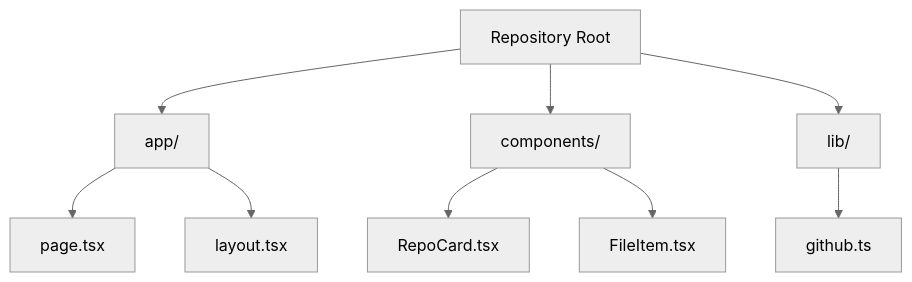
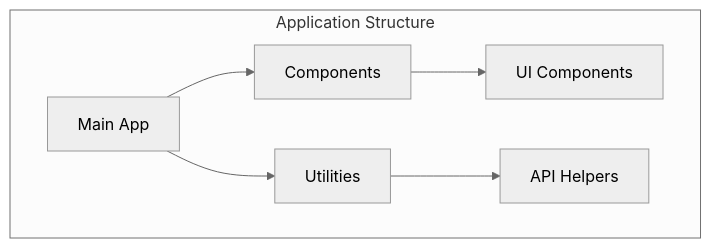
Before and after one commit to djb258/repo-lens: the first of 2 diagrams in README.md, drawn with Mermaid (neutral theme). The commit also changed other lines of this file and 13 other files, not shown here.

````diff
--- a/README.md
+++ b/README.md
@@ -130,11 +148,9 @@
 ```mermaid
-graph TD
-    A[Repository Root] --> B[app/]
-    A --> C[components/]
-    A --> D[lib/]
-    B --> E[page.tsx]
-    B --> F[layout.tsx]
-    C --> G[RepoCard.tsx]
-    C --> H[FileItem.tsx]
-    D --> I[github.ts]
+graph TB
+    subgraph "Application Structure"
+        A[Main App] --> B[Components]
+        A --> C[Utilities]
+        B --> D[UI Components]
+        C --> E[API Helpers]
+    end
 ```
````
